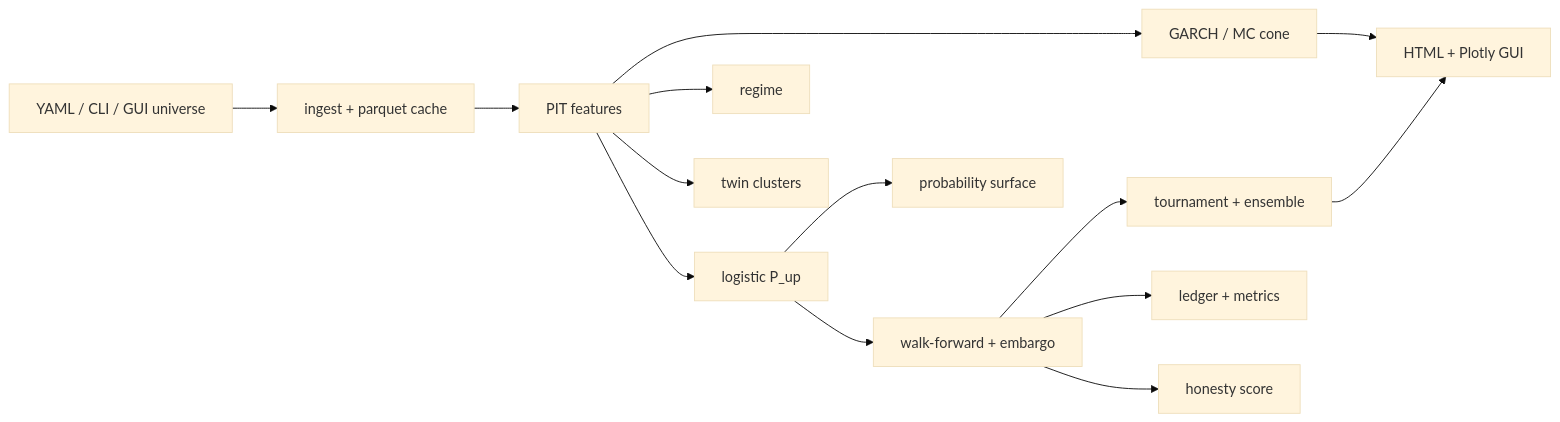
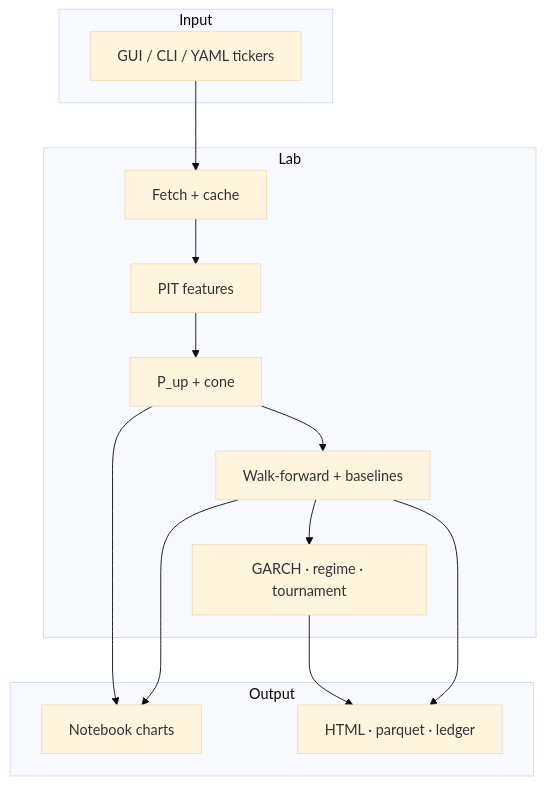
One commit to SeraKah-1/prism changed the diagram in README.md. Above: the diagram before and after it, drawn with Mermaid (base theme). The commit also changed other lines of this file and 7 other files, not shown here.

````diff
--- a/README.md
+++ b/README.md
@@ -252,16 +201,22 @@
 ```mermaid
-flowchart LR
-  CFG[YAML / CLI / GUI universe] --> IN[ingest + parquet cache]
-  IN --> FE[PIT features]
-  FE --> MD[logistic P_up]
-  FE --> GC[GARCH / MC cone]
-  FE --> RG[regime]
-  MD --> WF[walk-forward + embargo]
-  WF --> TR[tournament + ensemble]
-  WF --> LG[ledger + metrics]
-  GC --> RP[HTML + Plotly GUI]
-  TR --> RP
-  FE --> TW[twin clusters]
-  WF --> HO[honesty score]
-  MD --> SF[probability surface]
+flowchart TB
+  subgraph Input
+    A[GUI / CLI / YAML tickers]
+  end
+  subgraph Lab
+    B[Fetch + cache]
+    C[PIT features]
+    D[P_up + cone]
+    E[Walk-forward + baselines]
+    F[GARCH · regime · tournament]
+  end
+  subgraph Output
+    G[Notebook charts]
+    H[HTML · parquet · ledger]
+  end
+  A --> B --> C --> D --> E --> F
+  D --> G
+  E --> G
+  F --> H
+  E --> H
 ```
````
